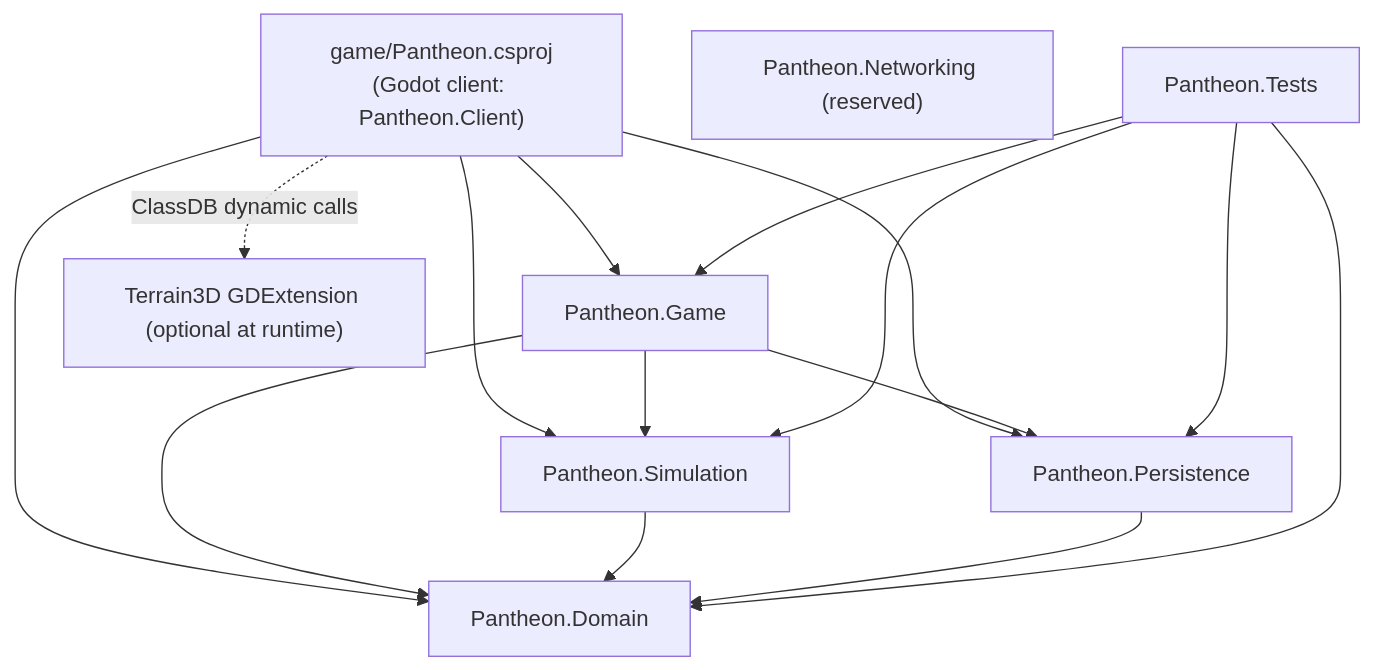
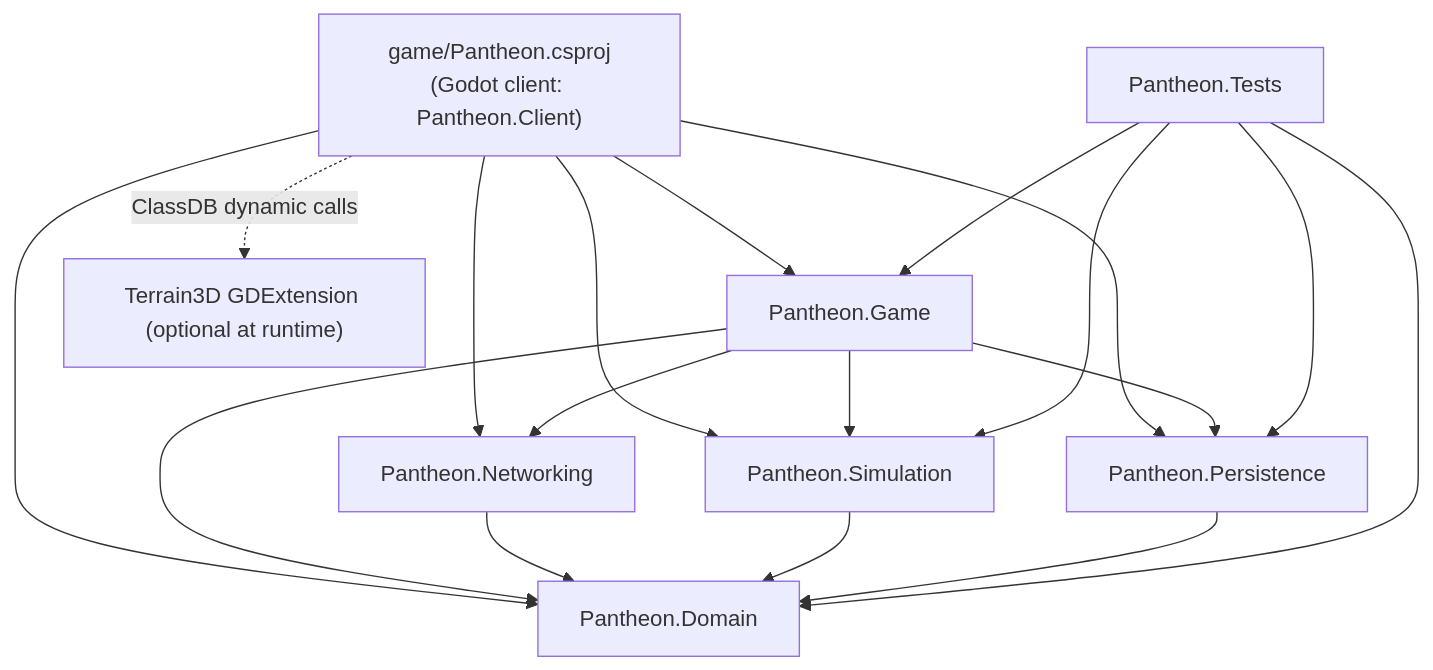
The first of 16 diagrams in docs/ARCHITECTURE.md (roeyazroel/pantheon), drawn with Mermaid before and after one commit. The commit also changed other lines of this file and 44 other files, not shown here.

````diff
--- a/docs/ARCHITECTURE.md
+++ b/docs/ARCHITECTURE.md
@@ -83,26 +84,29 @@
 ```mermaid
 graph TD
     Client["game/Pantheon.csproj<br/>(Godot client: Pantheon.Client)"]
     Game["Pantheon.Game"]
     Sim["Pantheon.Simulation"]
     Persist["Pantheon.Persistence"]
     Domain["Pantheon.Domain"]
-    Net["Pantheon.Networking (reserved)"]
+    Net["Pantheon.Networking"]
     Tests["Pantheon.Tests"]
     T3D["Terrain3D GDExtension (optional at runtime)"]
 
     Client --> Game
     Client --> Sim
     Client --> Persist
     Client --> Domain
+    Client --> Net
     Client -. "ClassDB dynamic calls" .-> T3D
     Game --> Sim
     Game --> Persist
     Game --> Domain
+    Game --> Net
+    Net --> Domain
     Sim --> Domain
     Persist --> Domain
     Tests --> Game
     Tests --> Sim
     Tests --> Persist
     Tests --> Domain
 ```
````
